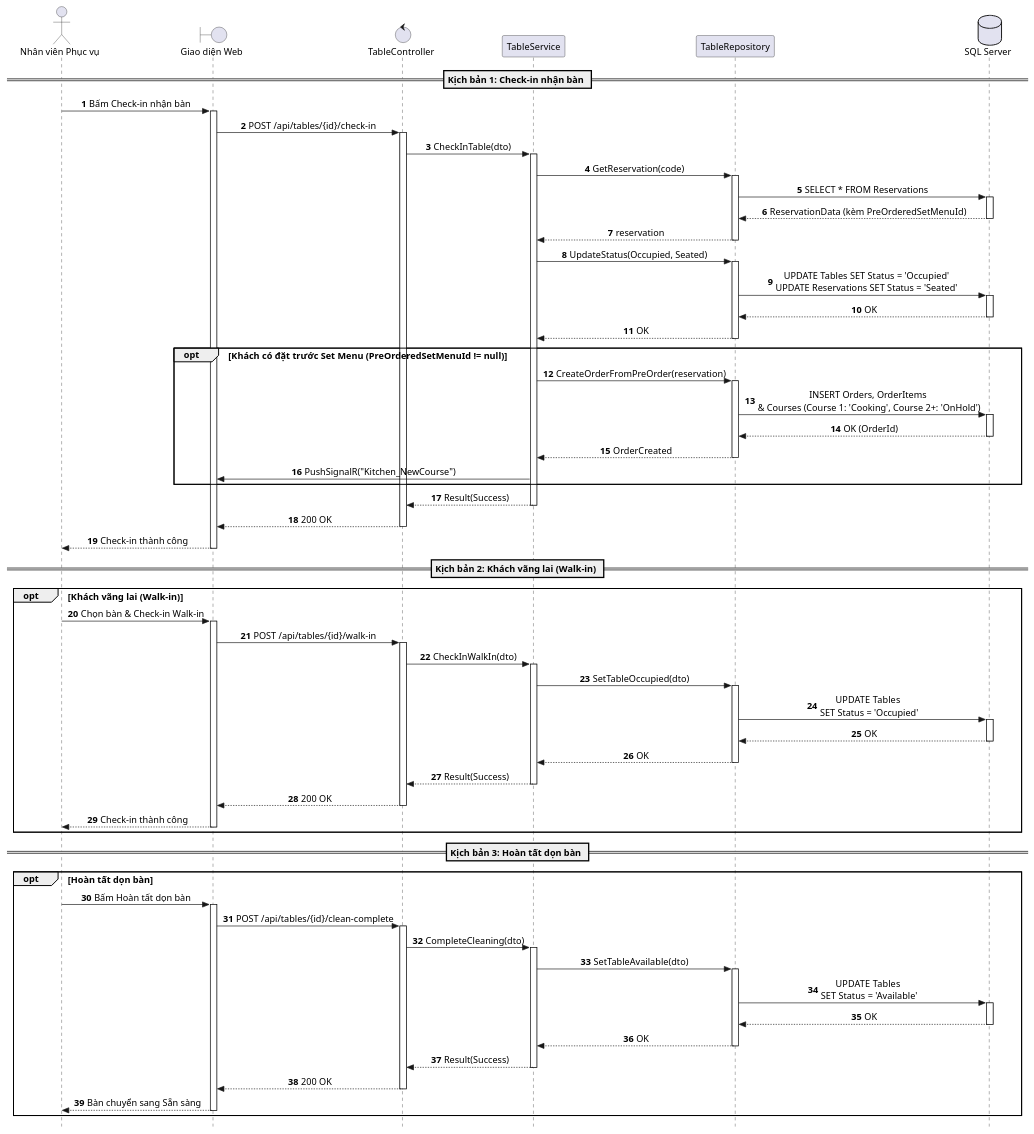
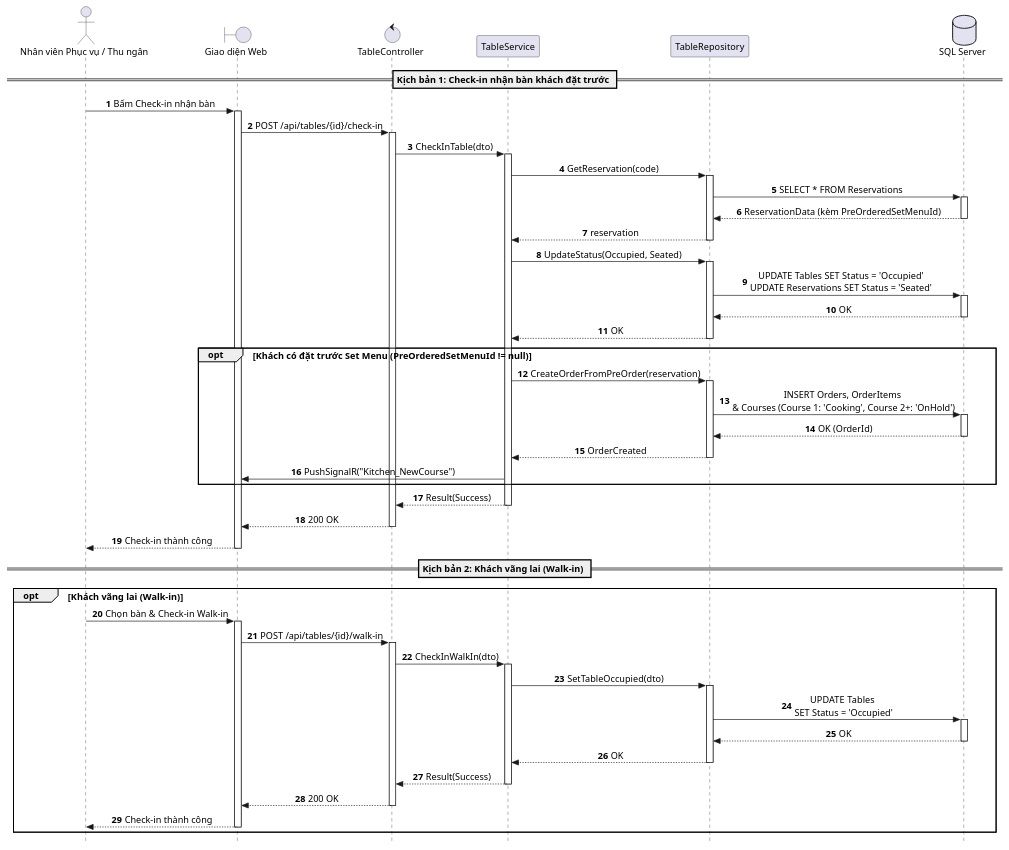
One commit to AndrewQng/VinDining changed the diagram in docs/puml/sequences/SD_UC_E6_CheckIn_And_Clean_Table.puml. Above: the diagram before and after it, drawn with PlantUML. The commit also changed 74 other files, not shown here.

Commit message:
docs: add phase 1 documentation, drawio diagrams, and sequence puml files

```diff
--- a/docs/puml/sequences/SD_UC_E6_CheckIn_And_Clean_Table.puml
+++ b/docs/puml/sequences/SD_UC_E6_CheckIn_And_Clean_Table.puml
@@ -1,121 +1,96 @@
-@startuml SD_UC_E6_CheckIn_And_Clean_Table
+@startuml SD_UC_E6_CheckIn_Table
 autonumber
 skinparam style strictuml
 skinparam sequenceMessageAlign center
 skinparam responseMessageBelowArrow true
 skinparam defaultFontName "Segoe UI", Arial, sans-serif
 skinparam defaultFontSize 14
 
-actor "Nhân viên Phục vụ" as Waitstaff
+actor "Nhân viên Phục vụ / Thu ngân" as Staff
 boundary "Giao diện Web" as UI
 control "TableController" as Controller
 participant "TableService" as Service
 participant "TableRepository" as Repo
 database "SQL Server" as DB
 
-== Kịch bản 1: Check-in nhận bàn ==
+== Kịch bản 1: Check-in nhận bàn khách đặt trước ==
 
-Waitstaff -> UI: Bấm Check-in nhận bàn
+Staff -> UI: Bấm Check-in nhận bàn
 activate UI
 
 UI -> Controller: POST /api/tables/{id}/check-in
 activate Controller
 
 Controller -> Service: CheckInTable(dto)
 activate Service
 
 Service -> Repo: GetReservation(code)
 activate Repo
 
 Repo -> DB: SELECT * FROM Reservations
 activate DB
 DB --> Repo: ReservationData (kèm PreOrderedSetMenuId)
 deactivate DB
 
 Repo --> Service: reservation
 deactivate Repo
 
 Service -> Repo: UpdateStatus(Occupied, Seated)
 activate Repo
 
 Repo -> DB: UPDATE Tables SET Status = 'Occupied'\nUPDATE Reservations SET Status = 'Seated'
 activate DB
 DB --> Repo: OK
 deactivate DB
 
 Repo --> Service: OK
 deactivate Repo
 
 opt Khách có đặt trước Set Menu (PreOrderedSetMenuId != null)
     Service -> Repo: CreateOrderFromPreOrder(reservation)
     activate Repo
     Repo -> DB: INSERT Orders, OrderItems \n& Courses (Course 1: 'Cooking', Course 2+: 'OnHold')
     activate DB
     DB --> Repo: OK (OrderId)
     deactivate DB
     Repo --> Service: OrderCreated
     deactivate Repo
 
     Service -> UI: PushSignalR("Kitchen_NewCourse")
 end
 
 Service --> Controller: Result(Success)
 deactivate Service
 
 Controller --> UI: 200 OK
 deactivate Controller
 
-UI --> Waitstaff: Check-in thành công
+UI --> Staff: Check-in thành công
 deactivate UI
 
 == Kịch bản 2: Khách vãng lai (Walk-in) ==
 
 opt Khách vãng lai (Walk-in)
-    Waitstaff -> UI: Chọn bàn & Check-in Walk-in
+    Staff -> UI: Chọn bàn & Check-in Walk-in
     activate UI
     UI -> Controller: POST /api/tables/{id}/walk-in
     activate Controller
     Controller -> Service: CheckInWalkIn(dto)
     activate Service
     Service -> Repo: SetTableOccupied(dto)
     activate Repo
     Repo -> DB: UPDATE Tables \nSET Status = 'Occupied'
     activate DB
     DB --> Repo: OK
     deactivate DB
     Repo --> Service: OK
     deactivate Repo
     Service --> Controller: Result(Success)
     deactivate Service
     Controller --> UI: 200 OK
     deactivate Controller
-    UI --> Waitstaff: Check-in thành công
-    deactivate UI
-end
-
-== Kịch bản 3: Hoàn tất dọn bàn ==
-
-opt Hoàn tất dọn bàn
-    Waitstaff -> UI: Bấm Hoàn tất dọn bàn
-    activate UI
-    UI -> Controller: POST /api/tables/{id}/clean-complete
-    activate Controller
-    Controller -> Service: CompleteCleaning(dto)
-    activate Service
-    Service -> Repo: SetTableAvailable(dto)
-    activate Repo
-    Repo -> DB: UPDATE Tables \nSET Status = 'Available'
-    activate DB
-    DB --> Repo: OK
-    deactivate DB
-    Repo --> Service: OK
-    deactivate Repo
-    Service --> Controller: Result(Success)
-    deactivate Service
-    Controller --> UI: 200 OK
-    deactivate Controller
-    UI --> Waitstaff: Bàn chuyển sang Sẵn sàng
+    UI --> Staff: Check-in thành công
     deactivate UI
 end
 
 @enduml
```
